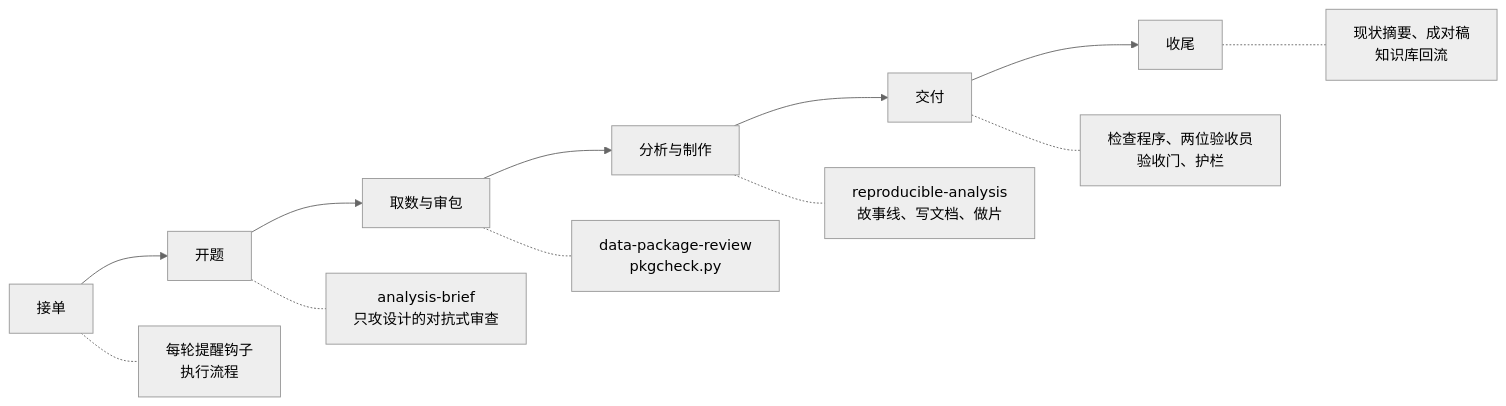
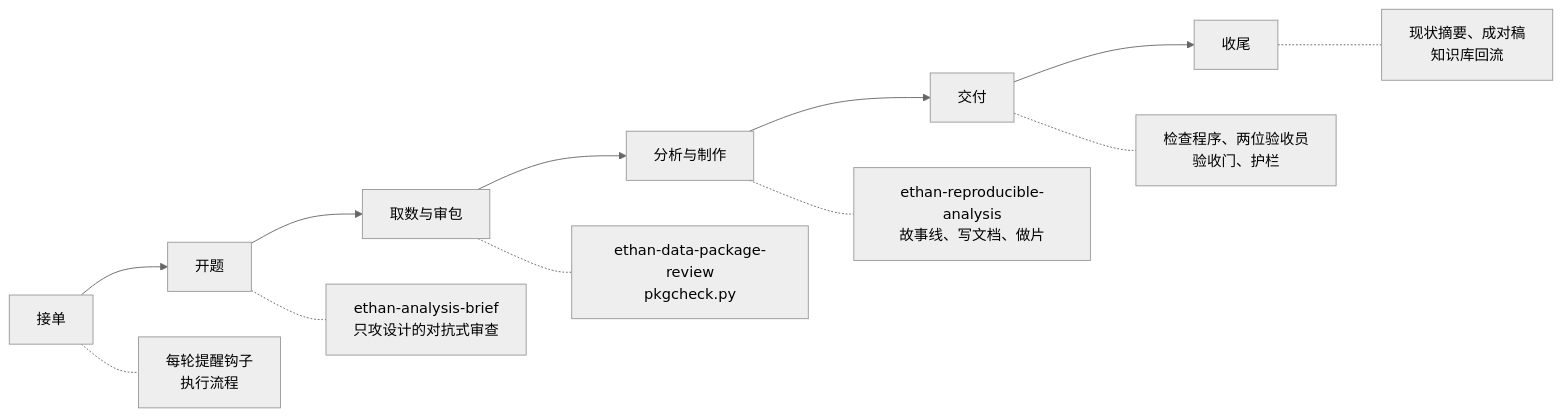
The second of 2 diagrams in docs/01-设计思路.md (Ethanyang9512/ai-analyst-workbench), drawn with Mermaid (neutral theme) before and after one commit. The commit also changed other lines of this file and 119 other files, not shown here.

````diff
--- a/docs/01-设计思路.md
+++ b/docs/01-设计思路.md
@@ -87,10 +87,10 @@
 ```mermaid
 flowchart LR
     A["接单"] --> B["开题"] --> C["取数与审包"] --> D["分析与制作"] --> E["交付"] --> F["收尾"]
     A -.- a1["每轮提醒钩子<br/>执行流程"]
-    B -.- b1["analysis-brief<br/>只攻设计的对抗式审查"]
-    C -.- c1["data-package-review<br/>pkgcheck.py"]
-    D -.- d1["reproducible-analysis<br/>故事线、写文档、做片"]
+    B -.- b1["ethan-analysis-brief<br/>只攻设计的对抗式审查"]
+    C -.- c1["ethan-data-package-review<br/>pkgcheck.py"]
+    D -.- d1["ethan-reproducible-analysis<br/>故事线、写文档、做片"]
     E -.- e1["检查程序、两位验收员<br/>验收门、护栏"]
     F -.- f1["现状摘要、成对稿<br/>知识库回流"]
 ```
````
